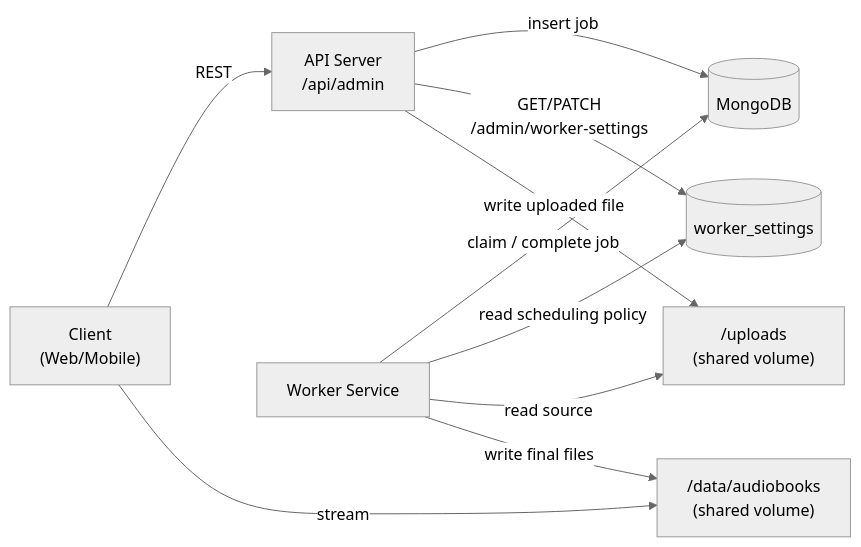
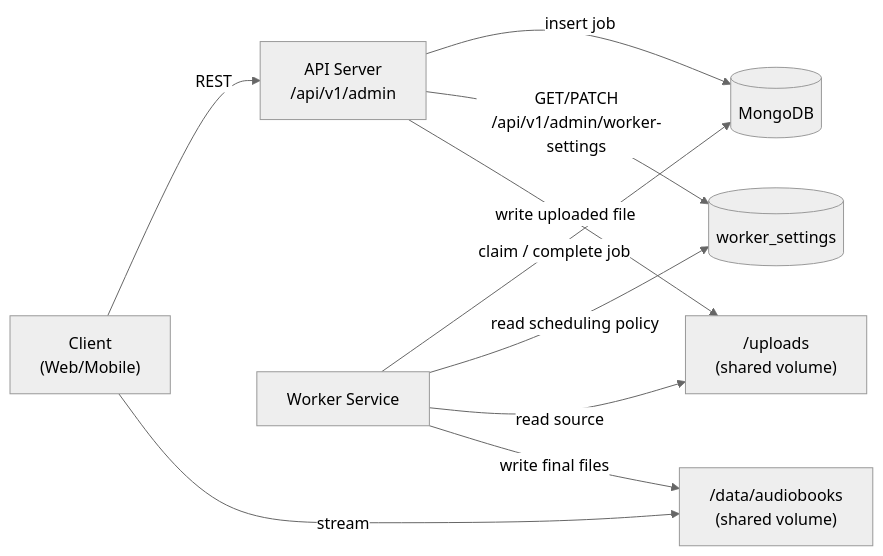
Before and after one commit to a3emond/audiobook-platform: the first of 4 diagrams in docs/platform/api-worker-integration.md, drawn with Mermaid (neutral theme). The commit also changed other lines of this file and 87 other files, not shown here.

First line of the commit message:
Refactor architecture documentation and remove outdated Apple Swift starter project guide

````diff
--- a/docs/platform/api-worker-integration.md
+++ b/docs/platform/api-worker-integration.md
@@ -11,20 +11,20 @@
 ```mermaid
 graph LR
     Client["Client\n(Web/Mobile)"]
-    API["API Server\n/api/admin"]
+  API["API Server\n/api/v1/admin"]
     DB[("MongoDB")]
     Worker["Worker Service"]
     Settings[("worker_settings")]
     Uploads["/uploads\n(shared volume)"]
     Library["/data/audiobooks\n(shared volume)"]
 
     Client -->|"REST"| API
     API -->|"insert job"| DB
     Worker -->|"claim / complete job"| DB
     Worker -->|"read scheduling policy"| Settings
-    API -->|"GET/PATCH\n/admin/worker-settings"| Settings
+    API -->|"GET/PATCH\n/api/v1/admin/worker-settings"| Settings
     API -->|"write uploaded file"| Uploads
     Worker -->|"read source"| Uploads
     Worker -->|"write final files"| Library
     Client -->|"stream"| Library
 ```
````
